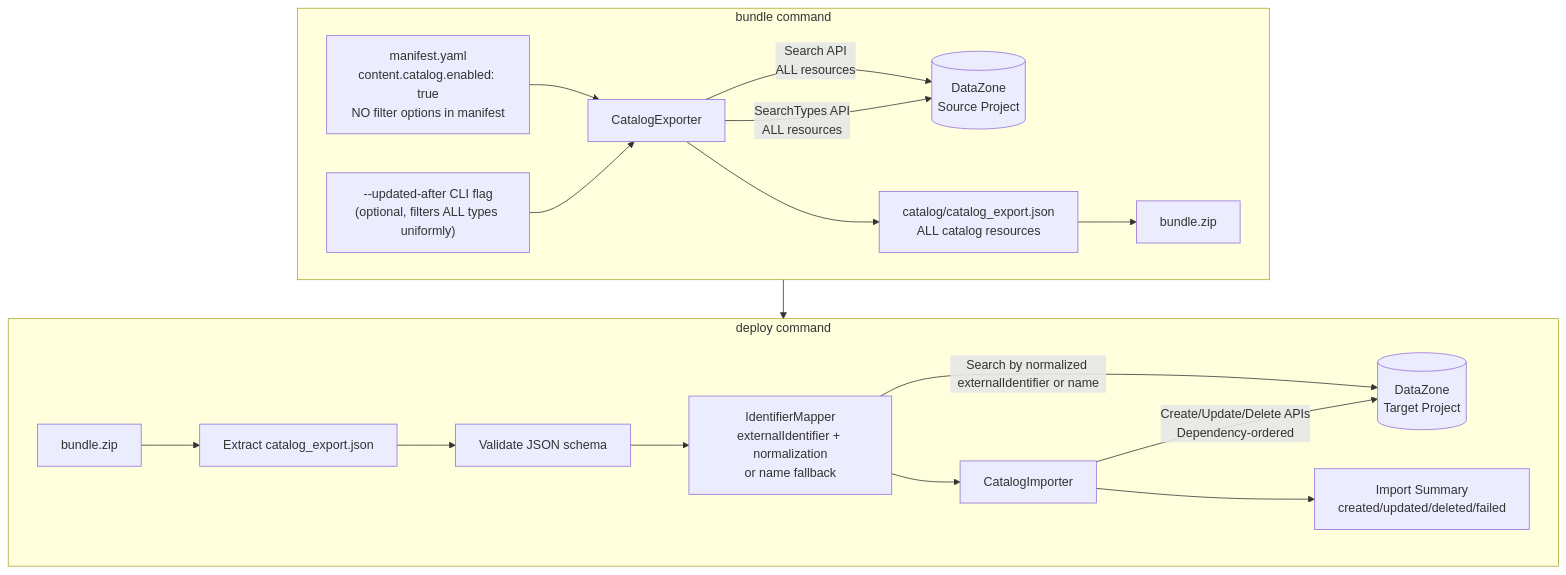
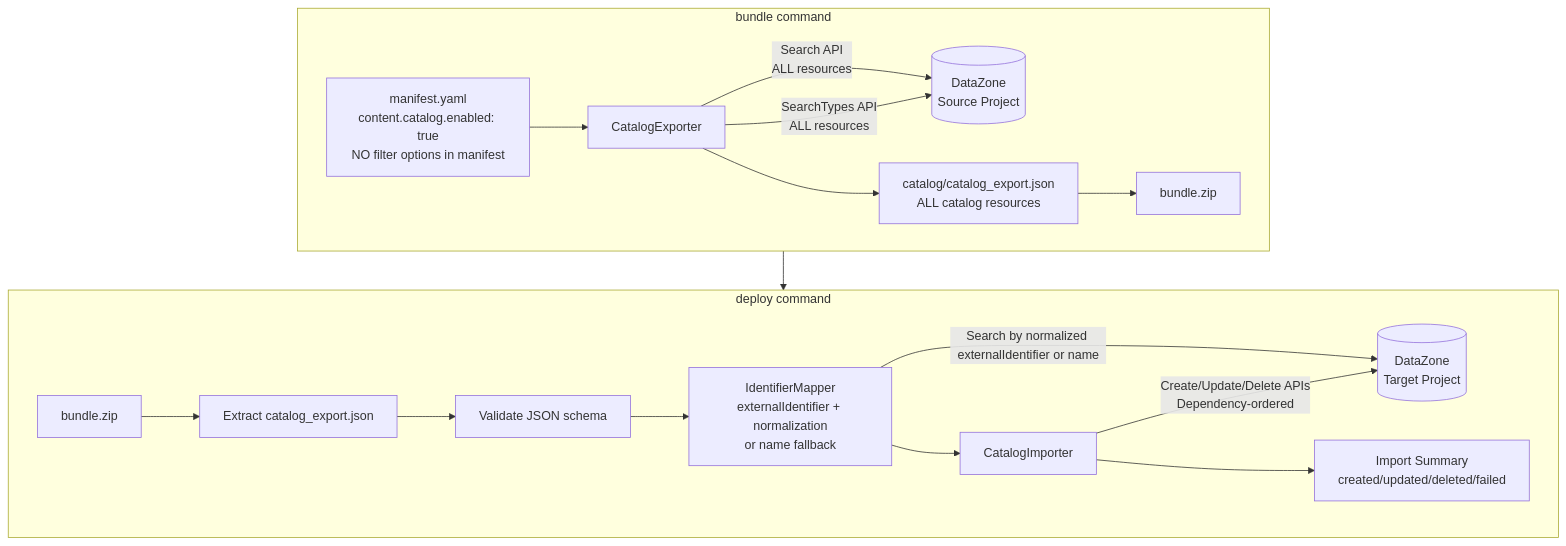
Before and after one commit to vasu2856/CICD-for-SageMakerUnifiedStudio-public: the first of 2 diagrams in .kiro/specs/datazone-catalog-import-export/design.md, drawn with Mermaid. The commit also changed other lines of this file and 24 other files, not shown here.

First line of the commit message:
feat(catalog-import-export): remove --updated-after CLI flag and simplify filtering

````diff
--- a/.kiro/specs/datazone-catalog-import-export/design.md
+++ b/.kiro/specs/datazone-catalog-import-export/design.md
@@ -11,23 +11,22 @@
 ```mermaid
 flowchart TD
     subgraph Bundle["bundle command"]
         M[manifest.yaml<br/>content.catalog.enabled: true<br/>NO filter options in manifest] --> CE[CatalogExporter]
-        CLI["--updated-after CLI flag<br/>(optional, filters ALL types uniformly)"] --> CE
         CE -->|Search API<br/>ALL resources| DZ1[(DataZone<br/>Source Project)]
         CE -->|SearchTypes API<br/>ALL resources| DZ1
         CE --> JSON[catalog/catalog_export.json<br/>ALL catalog resources]
         JSON --> ZIP[bundle.zip]
     end
 
     subgraph Deploy["deploy command"]
         ZIP2[bundle.zip] --> UNZIP[Extract catalog_export.json]
         UNZIP --> VAL[Validate JSON schema]
         VAL --> IM[IdentifierMapper<br/>externalIdentifier + normalization<br/>or name fallback]
         IM -->|Search by normalized externalIdentifier or name| DZ2[(DataZone<br/>Target Project)]
         IM --> CI[CatalogImporter]
         CI -->|Create/Update/Delete APIs<br/>Dependency-ordered| DZ2
         CI --> SUM[Import Summary<br/>created/updated/deleted/failed]
     end
 
     Bundle --> Deploy
 ```
````
